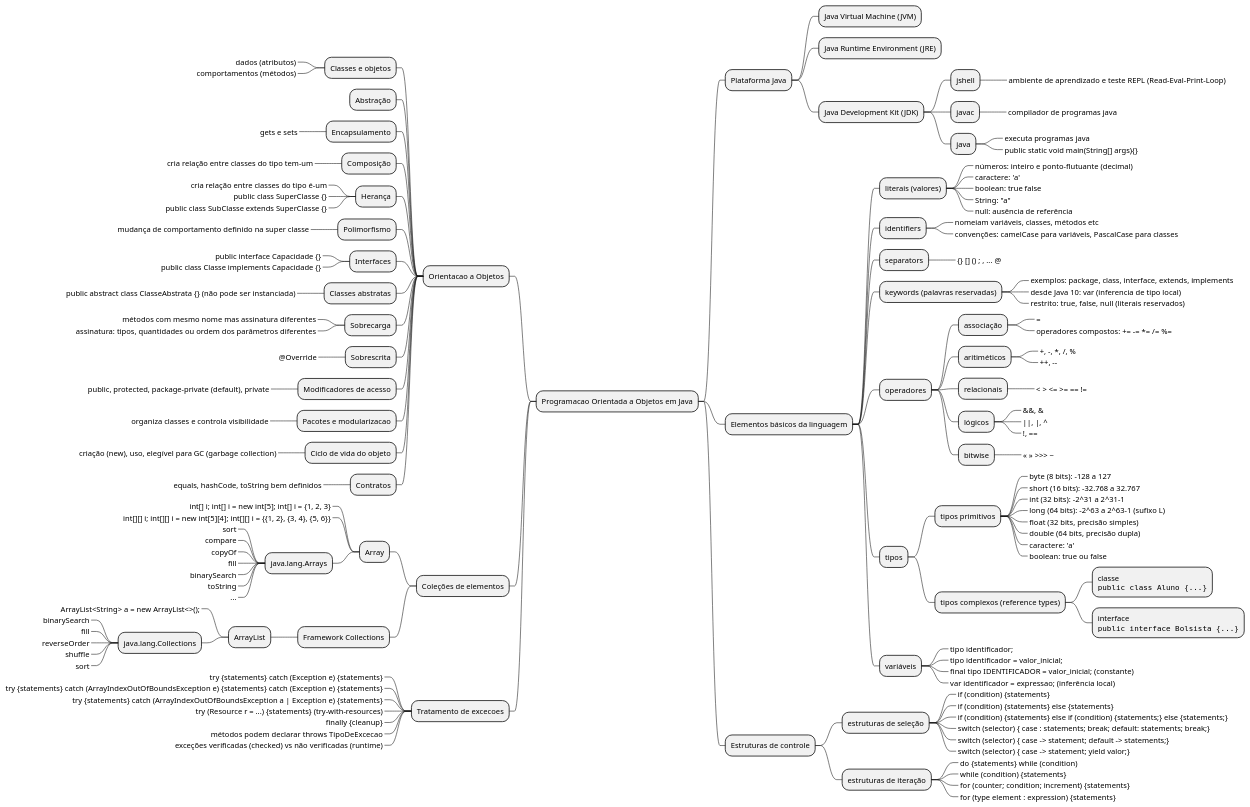
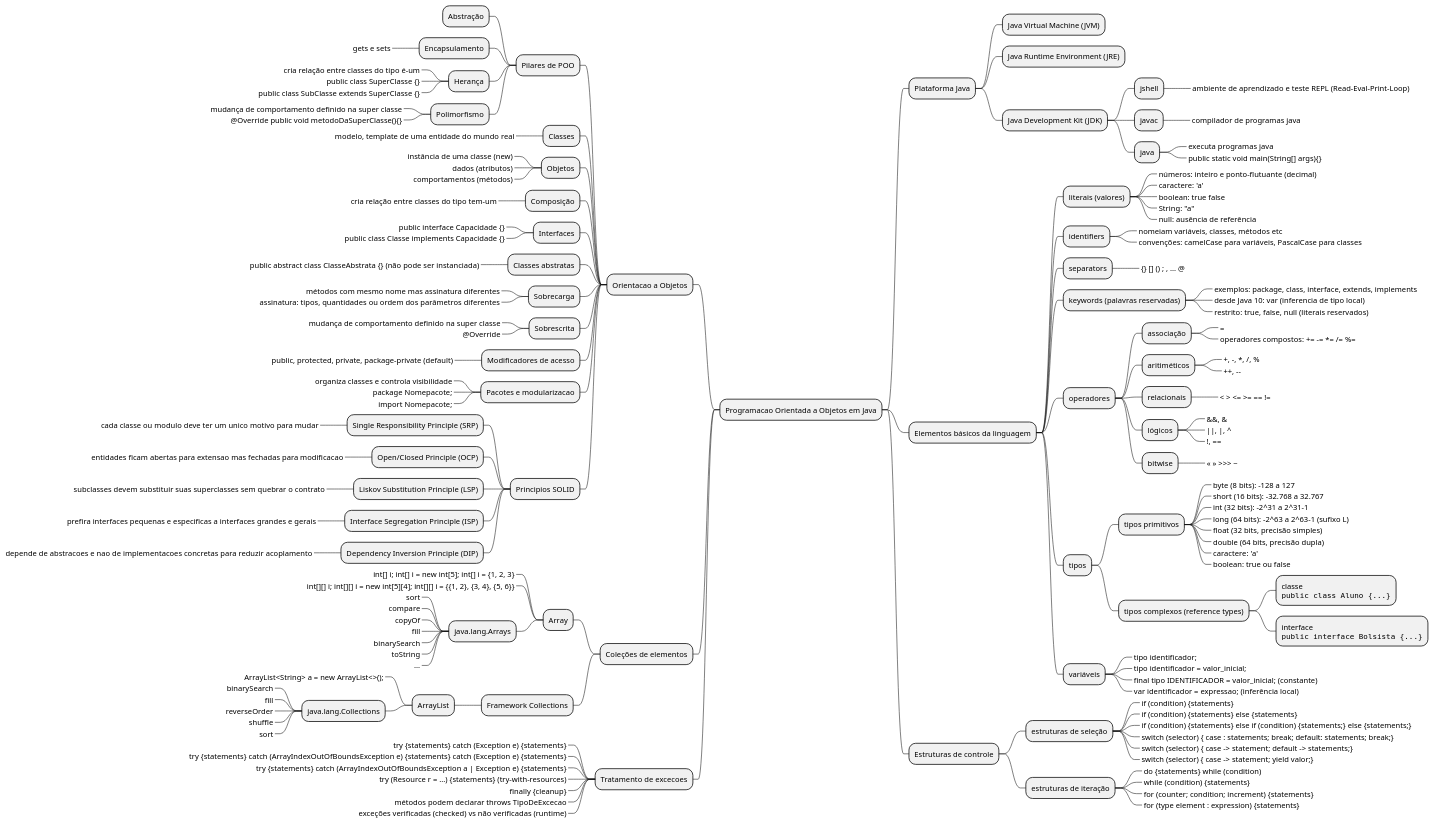
The diagram in lectures/mapa-mental.puml (caioamorim7/poo), drawn with PlantUML before and after one commit. The commit also changed 1 other file, not shown here.

```diff
--- a/lectures/mapa-mental.puml
+++ b/lectures/mapa-mental.puml
@@ -1,145 +1,159 @@
 @startmindmap
 * Programacao Orientada a Objetos em Java
 ** Plataforma Java
 *** Java Virtual Machine (JVM)
 *** Java Runtime Environment (JRE)
 *** Java Development Kit (JDK)
 **** jshell
 *****_ ambiente de aprendizado e teste REPL (Read-Eval-Print-Loop)
 **** javac
 *****_ compilador de programas java
 **** java
 *****_ executa programas java
 *****_ public static void main(String[] args){}
 ** Elementos básicos da linguagem
 *** literais (valores)
 ****_ números: inteiro e ponto-flutuante (decimal)
 ****_ caractere: 'a'
 ****_ boolean: true false
 ****_ String: "a"
 ****_ null: ausência de referência
 *** identifiers
 ****_ nomeiam variáveis, classes, métodos etc
 ****_ convenções: camelCase para variáveis, PascalCase para classes
 *** separators
 ****_ {} [] () ; , ... @
 *** keywords (palavras reservadas)
 ****_ exemplos: package, class, interface, extends, implements
 ****_ desde Java 10: var (inferencia de tipo local)
 ****_ restrito: true, false, null (literais reservados)
 *** operadores
 **** associação
 *****_ =
 *****_ operadores compostos: += -= *= /= %=
 **** aritiméticos
 *****_ +, -, *, /, %
 *****_ ++, --
 **** relacionais
 *****_ < > <= >= == !=
 **** lógicos
 *****_ &&, &
 *****_ ||, |, ^
 *****_ !, ==
 **** bitwise
 *****_ << >> >>> ~
 *** tipos
 **** tipos primitivos
 *****_ byte (8 bits): -128 a 127
 *****_ short (16 bits): -32.768 a 32.767
 *****_ int (32 bits): -2^31 a 2^31-1
 *****_ long (64 bits): -2^63 a 2^63-1 (sufixo L)
 *****_ float (32 bits, precisão simples)
 *****_ double (64 bits, precisão dupla)
 *****_ caractere: 'a'
 *****_ boolean: true ou false
 **** tipos complexos (reference types)
 *****:classe
 <code>
 public class Aluno {...}
 </code>;
 *****:interface
 <code>
 public interface Bolsista {...}
 </code>;
 *** variáveis
 ****_ tipo identificador;
 ****_ tipo identificador = valor_inicial;
 ****_ final tipo IDENTIFICADOR = valor_inicial; (constante)
 ****_ var identificador = expressao; (inferência local)
 ** Estruturas de controle
 *** estruturas de seleção
 ****_ if (condition) {statements}
 ****_ if (condition) {statements} else {statements}
 ****_ if (condition) {statements} else if (condition) {statements;} else {statements;}
 ****_ switch (selector) { case : statements; break; default: statements; break;}
 ****_ switch (selector) { case -> statement; default -> statements;}
 ****_ switch (selector) { case -> statement; yield valor;}
 *** estruturas de iteração
 ****_ do {statements} while (condition)
 ****_ while (condition) {statements}
 ****_ for (counter; condition; increment) {statements}
 ****_ for (type element : expression) {statements}
 -- Orientacao a Objetos
---- Classes e objetos
+--- Pilares de POO
+---- Abstração
+---- Encapsulamento
+-----_ gets e sets
+---- Herança
+-----_ cria relação entre classes do tipo é-um
+-----_ public class SuperClasse {}
+-----_ public class SubClasse extends SuperClasse {}
+---- Polimorfismo
+-----_ mudança de comportamento definido na super classe
+-----_ @Override public void metodoDaSuperClasse(){}
+--- Classes
+----_ modelo, template de uma entidade do mundo real
+--- Objetos
+----_ instância de uma classe (new)
 ----_ dados (atributos)
 ----_ comportamentos (métodos)
---- Abstração
---- Encapsulamento
-----_ gets e sets
 --- Composição
 ----_ cria relação entre classes do tipo tem-um
---- Herança
-----_ cria relação entre classes do tipo é-um
-----_ public class SuperClasse {}
-----_ public class SubClasse extends SuperClasse {}
---- Polimorfismo
-----_ mudança de comportamento definido na super classe
 --- Interfaces
 ----_ public interface Capacidade {}
 ----_ public class Classe implements Capacidade {}
 --- Classes abstratas
 ----_ public abstract class ClasseAbstrata {} (não pode ser instanciada)
-
 --- Sobrecarga
 ----_ métodos com mesmo nome mas assinatura diferentes
 ----_ assinatura: tipos, quantidades ou ordem dos parâmetros diferentes
 --- Sobrescrita
+----_ mudança de comportamento definido na super classe
 ----_ @Override
 --- Modificadores de acesso
-----_ public, protected, package-private (default), private
+----_ public, protected, private, package-private (default)
 --- Pacotes e modularizacao
 ----_ organiza classes e controla visibilidade
---- Ciclo de vida do objeto
-----_ criação (new), uso, elegível para GC (garbage collection)
---- Contratos
-----_ equals, hashCode, toString bem definidos
+----_ package Nomepacote;
+----_ import Nomepacote;
+--- Principios SOLID
+---- Single Responsibility Principle (SRP)
+-----_ cada classe ou modulo deve ter um unico motivo para mudar
+---- Open/Closed Principle (OCP)
+-----_ entidades ficam abertas para extensao mas fechadas para modificacao
+---- Liskov Substitution Principle (LSP)
+-----_ subclasses devem substituir suas superclasses sem quebrar o contrato
+---- Interface Segregation Principle (ISP)
+-----_ prefira interfaces pequenas e especificas a interfaces grandes e gerais
+---- Dependency Inversion Principle (DIP)
+-----_ depende de abstracoes e nao de implementacoes concretas para reduzir acoplamento
 -- Coleções de elementos
 --- Array
 ----_ int[] i; int[] i = new int[5]; int[] i = {1, 2, 3}
 ----_ int[][] i; int[][] i = new int[5][4]; int[][] i = {{1, 2}, {3, 4}, {5, 6}}
 ---- java.lang.Arrays
 -----_ sort
 -----_ compare
 -----_ copyOf
 -----_ fill
 -----_ binarySearch
 -----_ toString
 -----_ ...
 --- Framework Collections
 ---- ArrayList
 -----_ ArrayList<String> a = new ArrayList<>();
 ----- java.lang.Collections
 ------_ binarySearch
 ------_ fill
 ------_ reverseOrder
 ------_ shuffle
 ------_ sort
 -- Tratamento de excecoes
 ---_ try {statements} catch (Exception e) {statements}
 ---_ try {statements} catch (ArrayIndexOutOfBoundsException e) {statements} catch (Exception e) {statements}
 ---_ try {statements} catch (ArrayIndexOutOfBoundsException a | Exception e) {statements}
 ---_ try (Resource r = ...) {statements} (try-with-resources)
 ---_ finally {cleanup}
 ---_ métodos podem declarar throws TipoDeExcecao
 ---_ exceções verificadas (checked) vs não verificadas (runtime)
 @endmindmap
```
